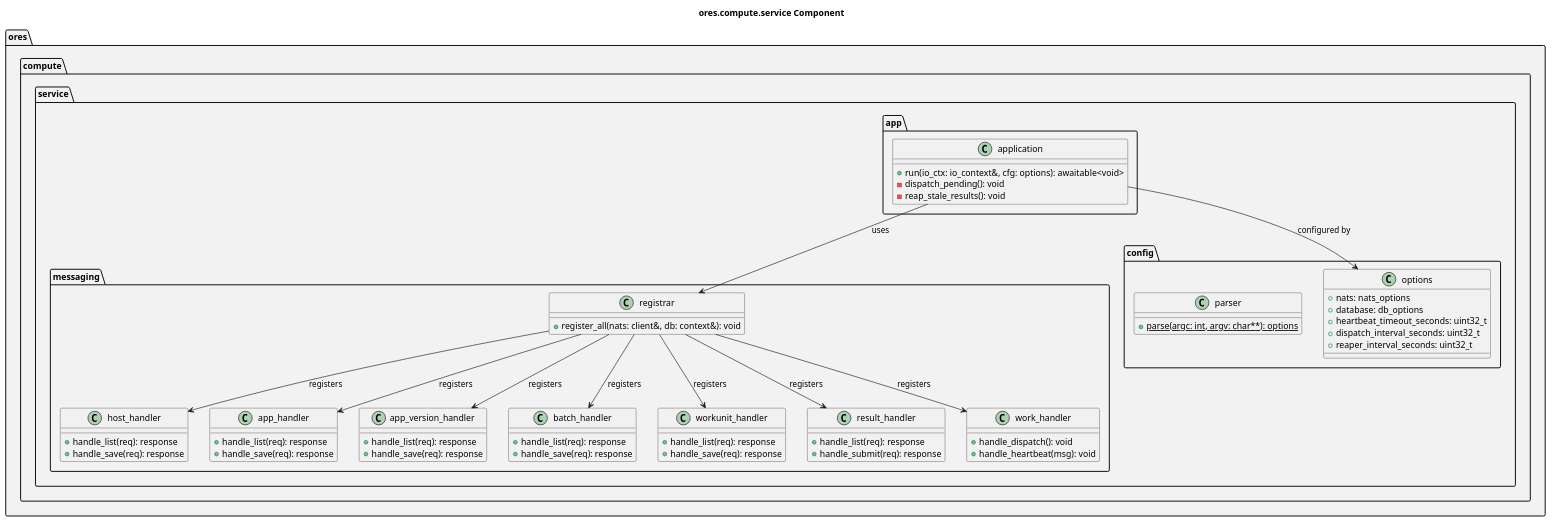
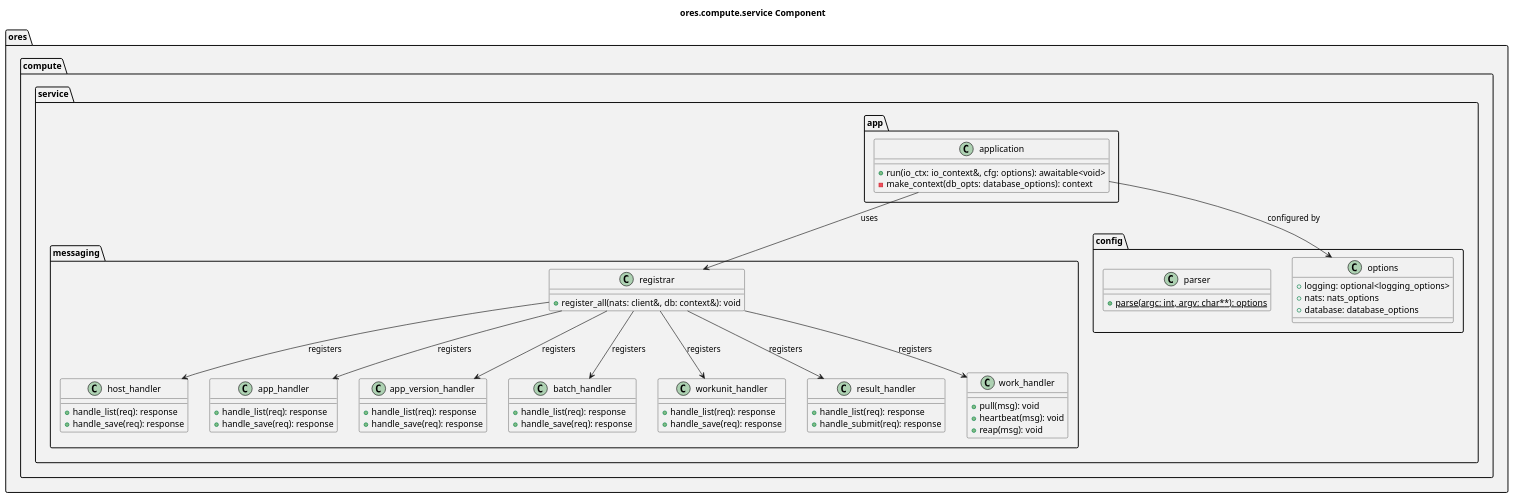
Before and after one commit to OreStudio/OreStudio: the diagram in projects/ores.compute.service/modeling/ores.compute.service.puml, drawn with PlantUML. The commit also changed 8 other files, not shown here.

```diff
--- a/projects/ores.compute.service/modeling/ores.compute.service.puml
+++ b/projects/ores.compute.service/modeling/ores.compute.service.puml
@@ -18,79 +18,77 @@
 @startuml
 
 title ores.compute.service Component
 
 set namespaceSeparator ::
 
 namespace ores #F2F2F2 {
     namespace compute #F2F2F2 {
         namespace service #F2F2F2 {
 
             namespace app #F2F2F2 {
                 class application {
                     + run(io_ctx: io_context&, cfg: options): awaitable<void>
-                    - dispatch_pending(): void
-                    - reap_stale_results(): void
+                    - make_context(db_opts: database_options): context
                 }
             }
 
             namespace messaging #F2F2F2 {
                 class host_handler {
                     + handle_list(req): response
                     + handle_save(req): response
                 }
                 class app_handler {
                     + handle_list(req): response
                     + handle_save(req): response
                 }
                 class app_version_handler {
                     + handle_list(req): response
                     + handle_save(req): response
                 }
                 class batch_handler {
                     + handle_list(req): response
                     + handle_save(req): response
                 }
                 class workunit_handler {
                     + handle_list(req): response
                     + handle_save(req): response
                 }
                 class result_handler {
                     + handle_list(req): response
                     + handle_submit(req): response
                 }
                 class work_handler {
-                    + handle_dispatch(): void
-                    + handle_heartbeat(msg): void
+                    + pull(msg): void
+                    + heartbeat(msg): void
+                    + reap(msg): void
                 }
                 class registrar {
                     + register_all(nats: client&, db: context&): void
                 }
             }
 
             namespace config #F2F2F2 {
                 class options {
+                    + logging: optional<logging_options>
                     + nats: nats_options
-                    + database: db_options
-                    + heartbeat_timeout_seconds: uint32_t
-                    + dispatch_interval_seconds: uint32_t
-                    + reaper_interval_seconds: uint32_t
+                    + database: database_options
                 }
                 class parser {
                     + {static} parse(argc: int, argv: char**): options
                 }
             }
 
             app::application --> messaging::registrar : uses
             app::application --> config::options : configured by
             messaging::registrar --> messaging::host_handler : registers
             messaging::registrar --> messaging::app_handler : registers
             messaging::registrar --> messaging::app_version_handler : registers
             messaging::registrar --> messaging::batch_handler : registers
             messaging::registrar --> messaging::workunit_handler : registers
             messaging::registrar --> messaging::result_handler : registers
             messaging::registrar --> messaging::work_handler : registers
         }
     }
 }
 
 @enduml
```
